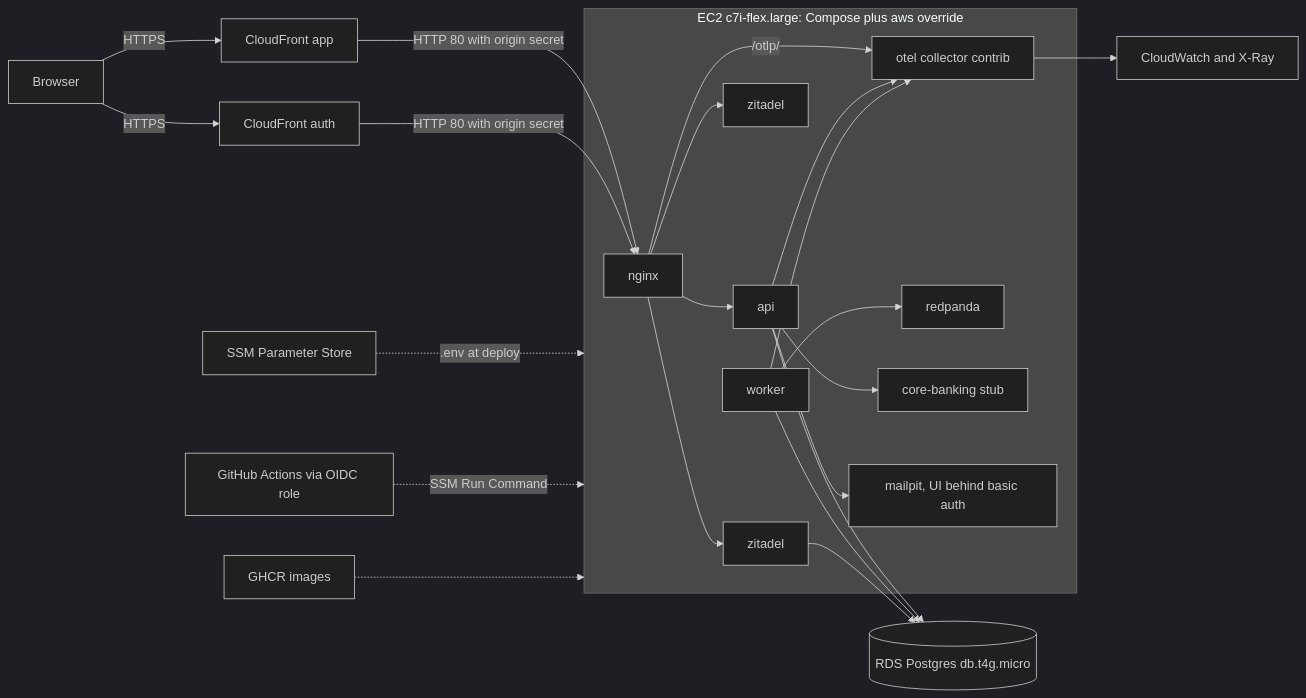
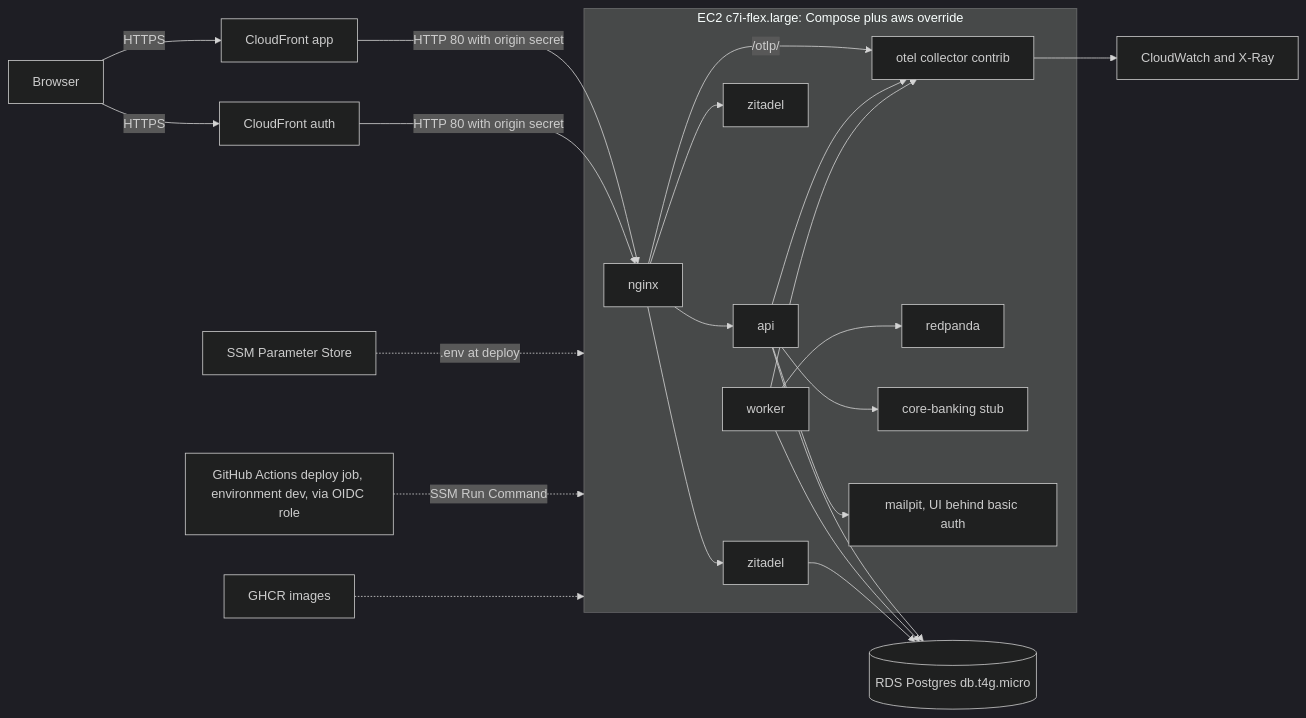
The third of 5 diagrams in docs/architecture/architecture.md (njabulozmnisi/disputedesk), drawn with Mermaid (dark theme) before and after one commit. The commit also changed other lines of this file and 3 other files, not shown here.

Commit message:
docs: deploy follows publish behind DEPLOY_ENABLED and the deploy role trusts environment:dev (AD-28 amended, AD-32, R38, P55; ad-012 clause 4)

````diff
--- a/docs/architecture/architecture.md
+++ b/docs/architecture/architecture.md
@@ -573,25 +573,25 @@
 ```mermaid
 flowchart LR
   subgraph EC2[EC2 c7i-flex.large: Compose plus aws override]
     GW[nginx] --> API[api]
     GW --> ZL[zitadel]
     GW --> Z[zitadel]
     GW -->|/otlp/| COL[otel collector contrib]
     WK[worker] --> RP[redpanda]
     API --> CB[core-banking stub]
     API --> MP[mailpit, UI behind basic auth]
     API --> COL
     WK --> COL
   end
   U[Browser] -->|HTTPS| CFA[CloudFront app]
   U -->|HTTPS| CFZ[CloudFront auth]
   CFA -->|HTTP 80 with origin secret| GW
   CFZ -->|HTTP 80 with origin secret| GW
   API --> RDS[(RDS Postgres db.t4g.micro)]
   WK --> RDS
   Z --> RDS
   COL --> CW[CloudWatch and X-Ray]
   SSM[SSM Parameter Store] -.->|.env at deploy| EC2
-  GH[GitHub Actions via OIDC role] -.->|SSM Run Command| EC2
+  GH[GitHub Actions deploy job, environment dev, via OIDC role] -.->|SSM Run Command| EC2
   GHCR[GHCR images] -.-> EC2
 ```
````
